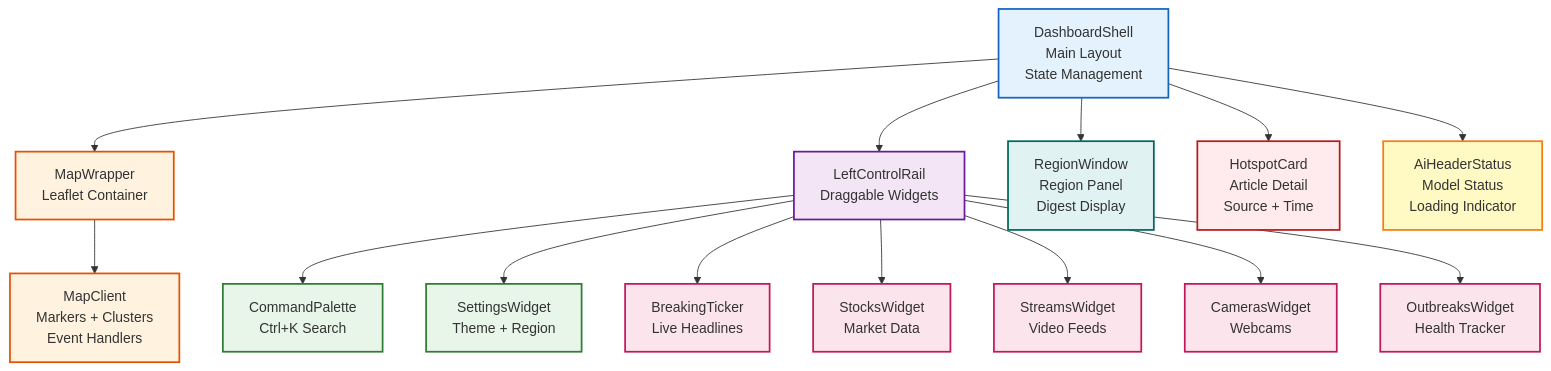
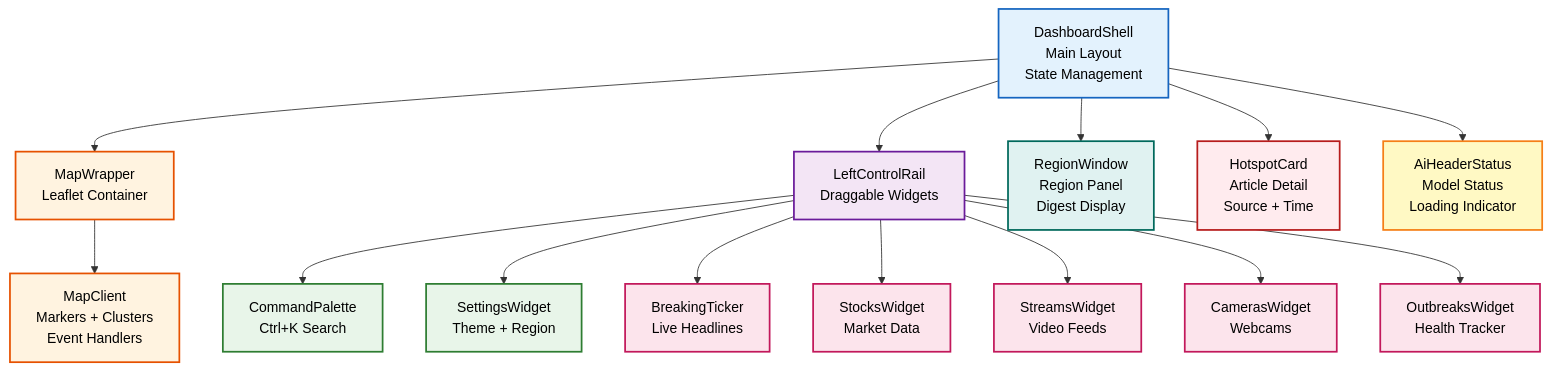
One commit to JyotirmoyDas05/AakashSanchar changed the diagram in components/README.md. Above: the diagram before and after it, drawn with Mermaid. The commit also changed 4 other files, not shown here.

First line of the commit message:
Fix low-contrast text in Mermaid diagrams

````diff
--- a/components/README.md
+++ b/components/README.md
@@ -9,53 +9,53 @@
 ```mermaid
 graph TD
     Dashboard["DashboardShell<br/>Main Layout<br/>State Management"]
     
     MapW["MapWrapper<br/>Leaflet Container"]
     MapC["MapClient<br/>Markers + Clusters<br/>Event Handlers"]
     
     Rail["LeftControlRail<br/>Draggable Widgets"]
     Cmd["CommandPalette<br/>Ctrl+K Search"]
     Settings["SettingsWidget<br/>Theme + Region"]
     Ticker["BreakingTicker<br/>Live Headlines"]
     Stocks["StocksWidget<br/>Market Data"]
     Streams["StreamsWidget<br/>Video Feeds"]
     Cameras["CamerasWidget<br/>Webcams"]
     Outbreaks["OutbreaksWidget<br/>Health Tracker"]
     
     Region["RegionWindow<br/>Region Panel<br/>Digest Display"]
     
     Hotspot["HotspotCard<br/>Article Detail<br/>Source + Time"]
     
     Header["AiHeaderStatus<br/>Model Status<br/>Loading Indicator"]
     
     Dashboard --> MapW
     MapW --> MapC
     
     Dashboard --> Rail
     Rail --> Cmd
     Rail --> Settings
     Rail --> Ticker
     Rail --> Stocks
     Rail --> Streams
     Rail --> Cameras
     Rail --> Outbreaks
     
     Dashboard --> Region
     Dashboard --> Hotspot
     Dashboard --> Header
     
-    style Dashboard fill:#e3f2fd,stroke:#1565c0,stroke-width:2px
-    style MapW fill:#fff3e0,stroke:#e65100,stroke-width:2px
-    style MapC fill:#fff3e0,stroke:#e65100,stroke-width:2px
-    style Rail fill:#f3e5f5,stroke:#6a1b9a,stroke-width:2px
-    style Cmd fill:#e8f5e9,stroke:#2e7d32,stroke-width:2px
-    style Settings fill:#e8f5e9,stroke:#2e7d32,stroke-width:2px
-    style Ticker fill:#fce4ec,stroke:#c2185b,stroke-width:2px
-    style Stocks fill:#fce4ec,stroke:#c2185b,stroke-width:2px
-    style Streams fill:#fce4ec,stroke:#c2185b,stroke-width:2px
-    style Cameras fill:#fce4ec,stroke:#c2185b,stroke-width:2px
-    style Outbreaks fill:#fce4ec,stroke:#c2185b,stroke-width:2px
-    style Region fill:#e0f2f1,stroke:#00695c,stroke-width:2px
-    style Hotspot fill:#ffebee,stroke:#b71c1c,stroke-width:2px
-    style Header fill:#fff9c4,stroke:#f57f17,stroke-width:2px
+    style Dashboard fill:#e3f2fd,stroke:#1565c0,stroke-width:2px,color:#000000
+    style MapW fill:#fff3e0,stroke:#e65100,stroke-width:2px,color:#000000
+    style MapC fill:#fff3e0,stroke:#e65100,stroke-width:2px,color:#000000
+    style Rail fill:#f3e5f5,stroke:#6a1b9a,stroke-width:2px,color:#000000
+    style Cmd fill:#e8f5e9,stroke:#2e7d32,stroke-width:2px,color:#000000
+    style Settings fill:#e8f5e9,stroke:#2e7d32,stroke-width:2px,color:#000000
+    style Ticker fill:#fce4ec,stroke:#c2185b,stroke-width:2px,color:#000000
+    style Stocks fill:#fce4ec,stroke:#c2185b,stroke-width:2px,color:#000000
+    style Streams fill:#fce4ec,stroke:#c2185b,stroke-width:2px,color:#000000
+    style Cameras fill:#fce4ec,stroke:#c2185b,stroke-width:2px,color:#000000
+    style Outbreaks fill:#fce4ec,stroke:#c2185b,stroke-width:2px,color:#000000
+    style Region fill:#e0f2f1,stroke:#00695c,stroke-width:2px,color:#000000
+    style Hotspot fill:#ffebee,stroke:#b71c1c,stroke-width:2px,color:#000000
+    style Header fill:#fff9c4,stroke:#f57f17,stroke-width:2px,color:#000000
 ```
````
